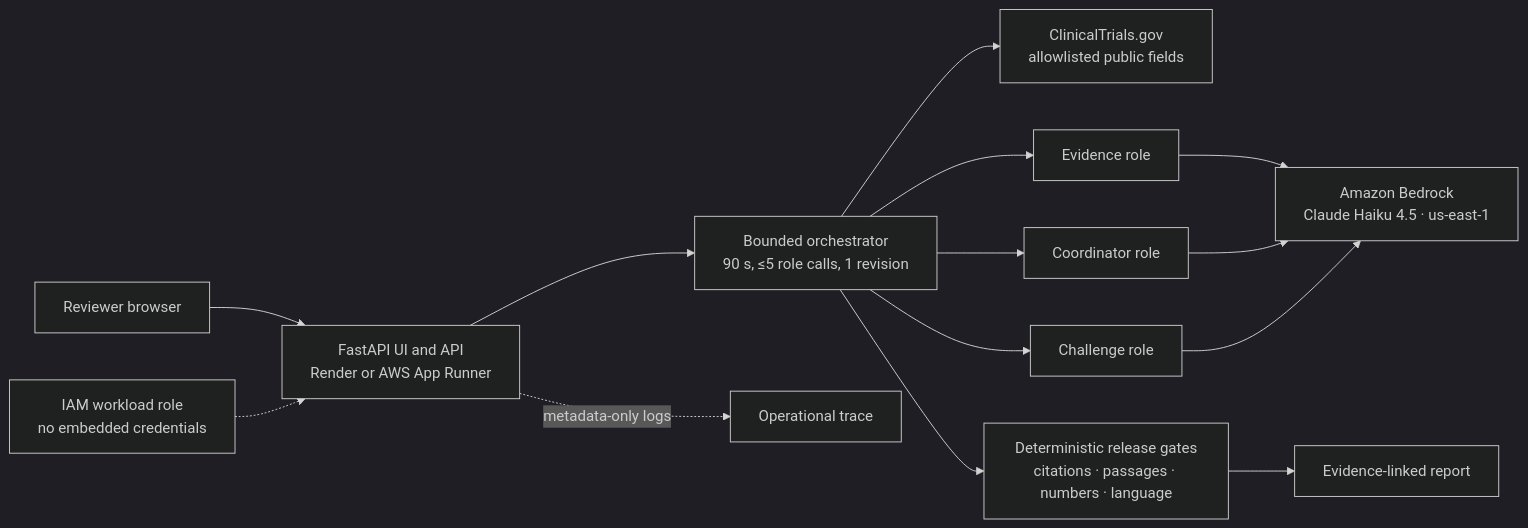
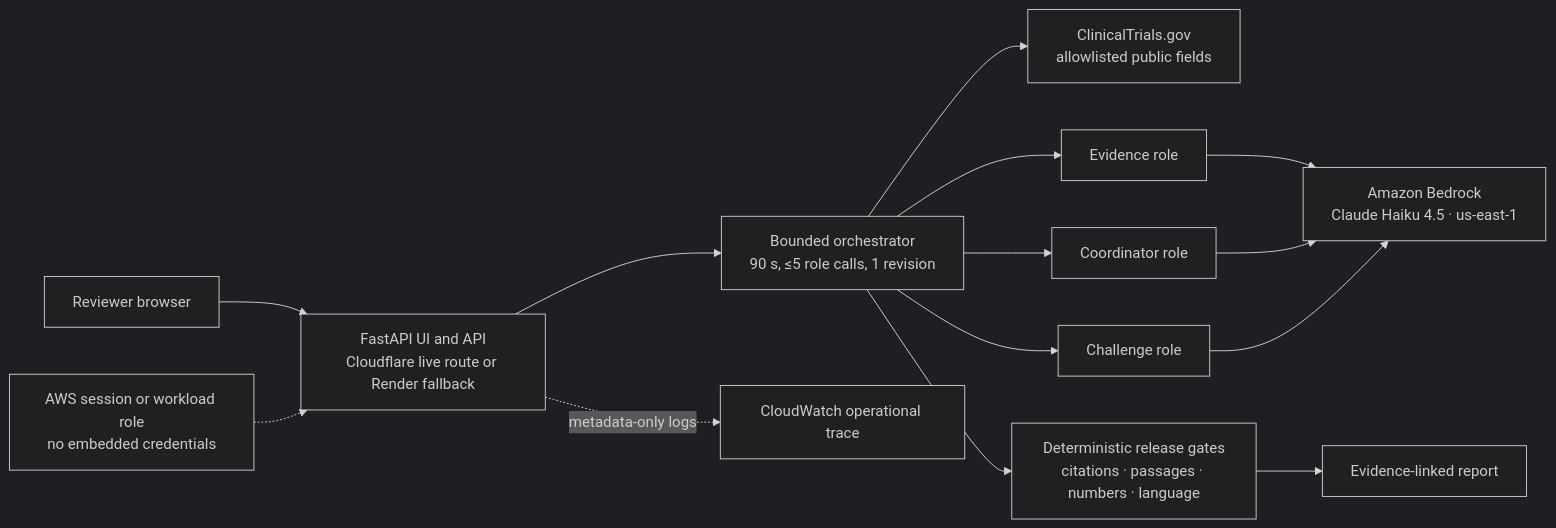
One commit to shubhamkragrawal/TrialGuard changed the diagram in README.md. Above: the diagram before and after it, drawn with Mermaid (dark theme). The commit also changed 3 other files, not shown here.

````diff
--- a/README.md
+++ b/README.md
@@ -43,16 +43,16 @@
 ```mermaid
 flowchart LR
-    U[Reviewer browser] --> A[FastAPI UI and API<br/>Render or AWS App Runner]
+    U[Reviewer browser] --> A[FastAPI UI and API<br/>Cloudflare live route or Render fallback]
     A --> O[Bounded orchestrator<br/>90 s, ≤5 role calls, 1 revision]
     O --> R[ClinicalTrials.gov<br/>allowlisted public fields]
     O --> E[Evidence role]
     O --> C[Coordinator role]
     O --> H[Challenge role]
     E --> B[Amazon Bedrock<br/>Claude Haiku 4.5 · us-east-1]
     C --> B
     H --> B
     O --> G[Deterministic release gates<br/>citations · passages · numbers · language]
     G --> P[Evidence-linked report]
-    I[IAM workload role<br/>no embedded credentials] -.-> A
-    A -. metadata-only logs .-> L[Operational trace]
+    I[AWS session or workload role<br/>no embedded credentials] -.-> A
+    A -. metadata-only logs .-> L[CloudWatch operational trace]
 ```
````
